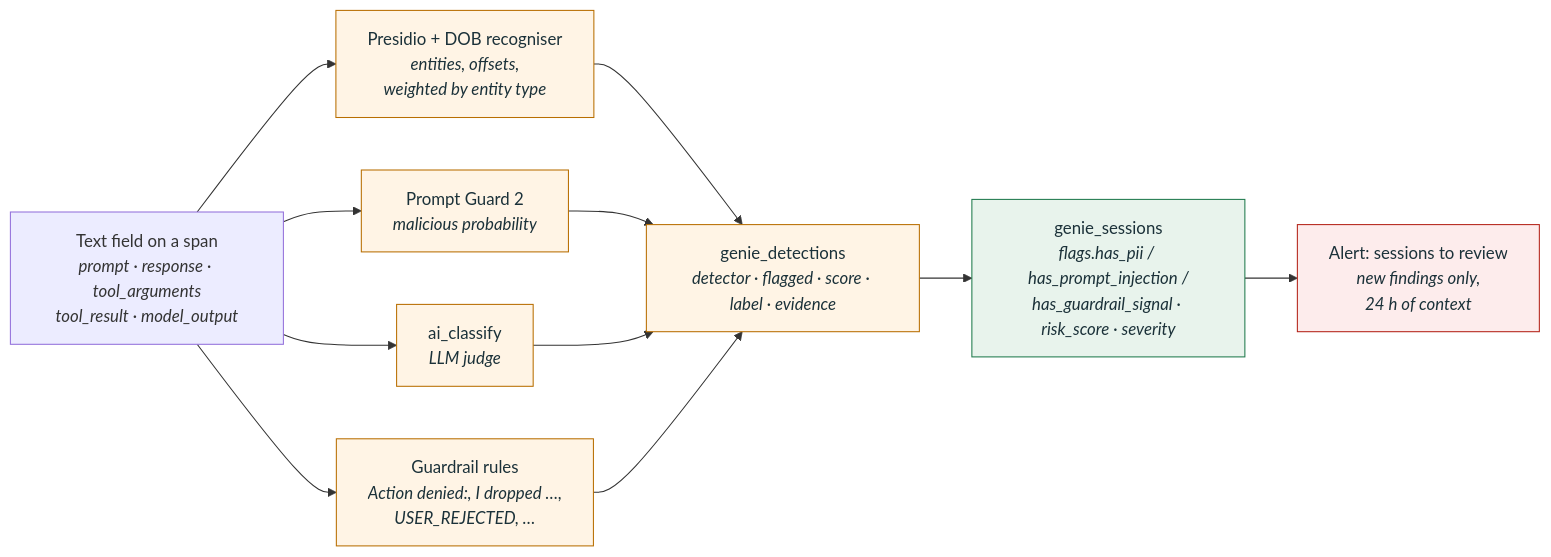
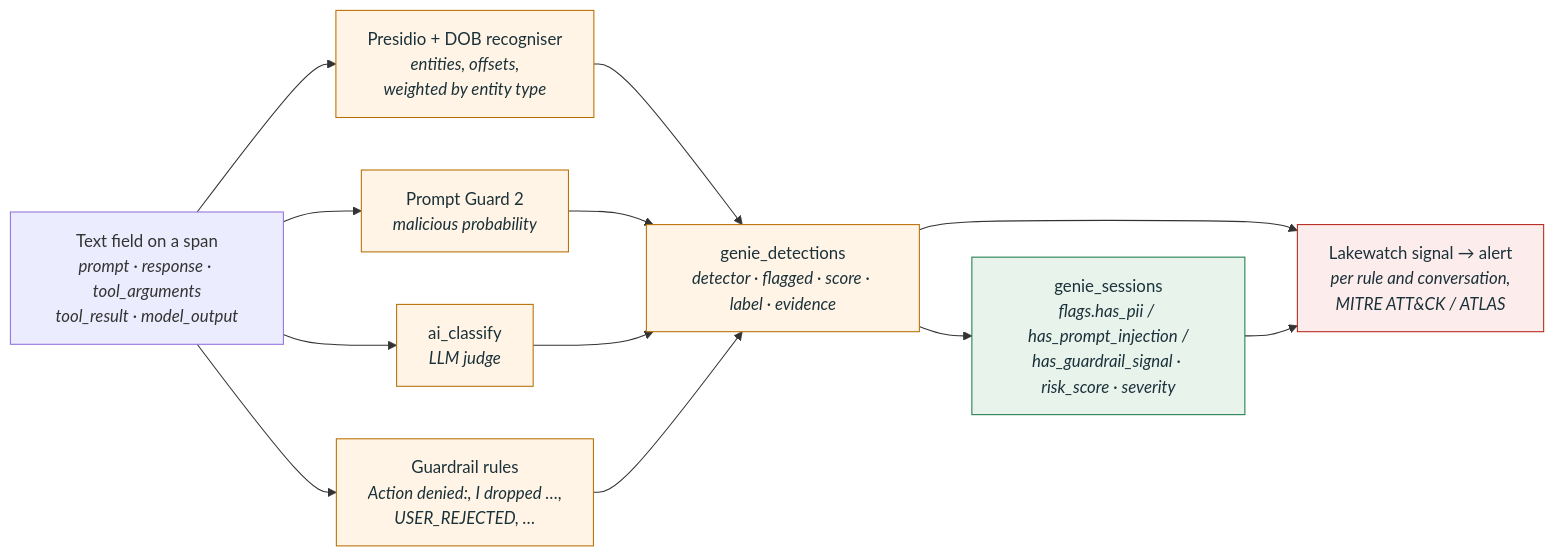
One commit to andyweaves/genie-trace-monitoring changed the second of 2 diagrams in README.md. Above: the diagram before and after it, drawn with Mermaid. The commit also changed other lines of this file and 13 other files, not shown here.

First line of the commit message:
Promote detections to Lakewatch detection rules with MITRE mapping

````diff
--- a/README.md
+++ b/README.md
@@ -86,20 +92,21 @@
 ```mermaid
 flowchart LR
     text["Text field on a span<br/><i>prompt · response · tool_arguments<br/>tool_result · model_output</i>"]
     p["Presidio + DOB recogniser<br/><i>entities, offsets,<br/>weighted by entity type</i>"]
     g["Prompt Guard 2<br/><i>malicious probability</i>"]
     c["ai_classify<br/><i>LLM judge</i>"]
     r["Guardrail rules<br/><i>Action denied:, I dropped …,<br/>USER_REJECTED, …</i>"]
     d["genie_detections<br/><i>detector · flagged · score · label · evidence</i>"]
     s["genie_sessions<br/><i>flags.has_pii / has_prompt_injection /<br/>has_guardrail_signal · risk_score · severity</i>"]
-    a["Alert: sessions to review<br/><i>new findings only,<br/>24 h of context</i>"]
+    a["Lakewatch signal → alert<br/><i>per rule and conversation,<br/>MITRE ATT&CK / ATLAS</i>"]
 
-    text --> p & g & c & r --> d --> s --> a
+    text --> p & g & c & r --> d --> a
+    d --> s --> a
 
     classDef det fill:#fff4e5,stroke:#b86e00,color:#1b3139
     classDef gold fill:#e8f3ec,stroke:#1f7a4d,color:#1b3139
     classDef alert fill:#fdecec,stroke:#b42318,color:#1b3139
     class p,g,c,r,d det
     class s gold
     class a alert
 ```
````
